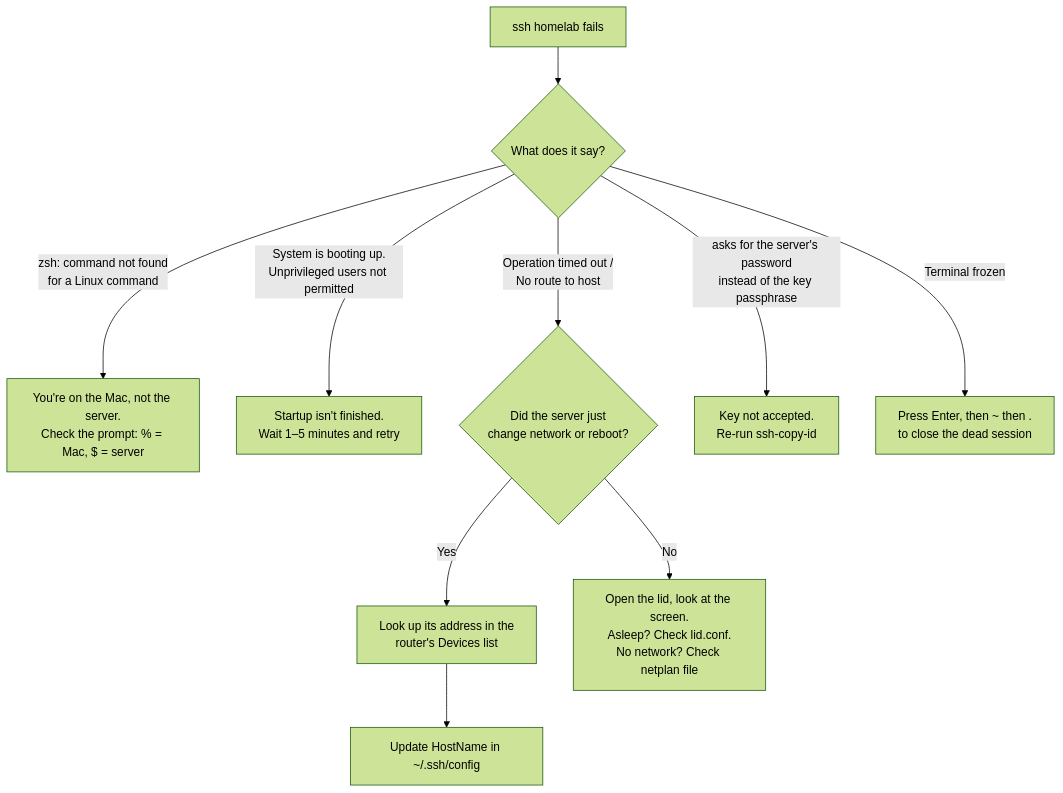
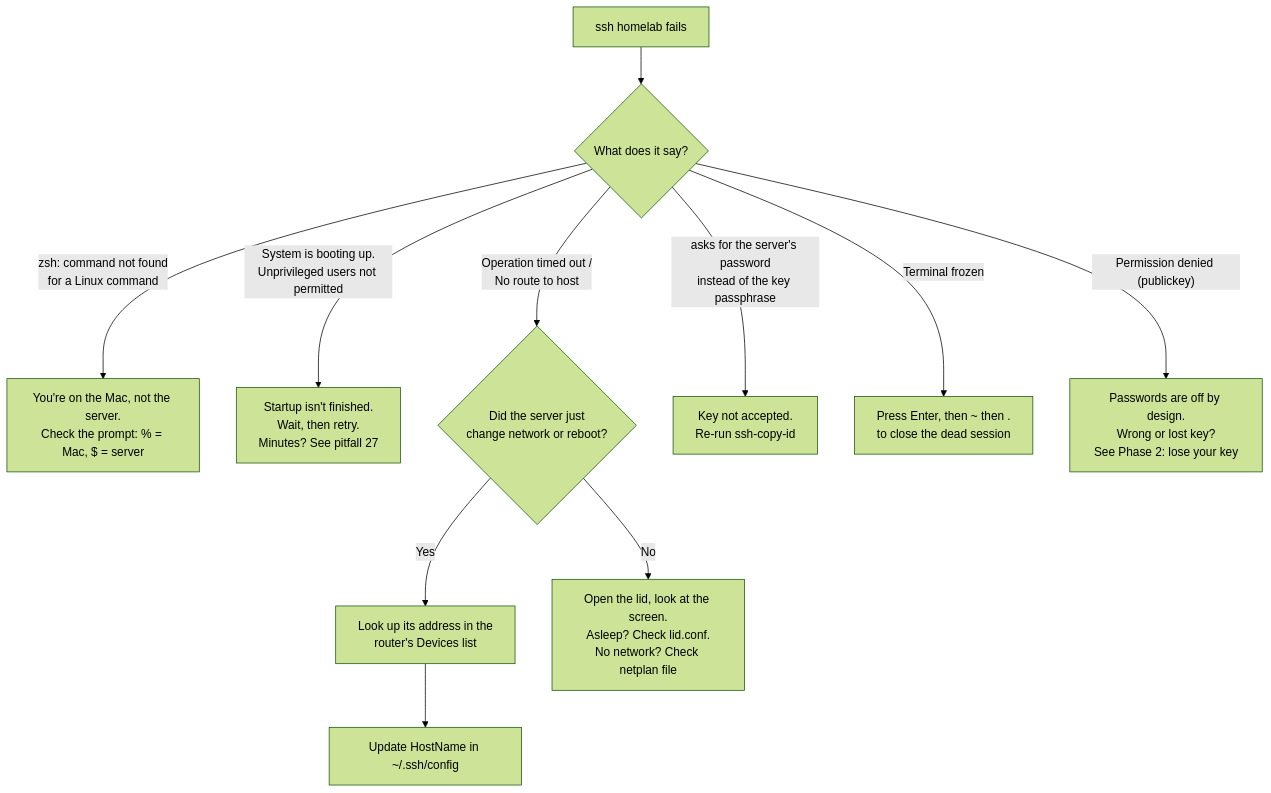
One commit to alanhabib/homelab changed the diagram in docs/pitfalls.md. Above: the diagram before and after it, drawn with Mermaid (forest theme). The commit also changed other lines of this file and 10 other files, not shown here.

````diff
--- a/docs/pitfalls.md
+++ b/docs/pitfalls.md
@@ -11,12 +11,13 @@
 ```mermaid
 flowchart TD
     a["ssh homelab fails"] --> b{"What does it say?"}
     b -- "zsh: command not found<br/>for a Linux command" --> c["You're on the Mac, not the server.<br/>Check the prompt: % = Mac, $ = server"]
-    b -- "System is booting up.<br/>Unprivileged users not permitted" --> d["Startup isn't finished.<br/>Wait 1–5 minutes and retry"]
+    b -- "System is booting up.<br/>Unprivileged users not permitted" --> d["Startup isn't finished.<br/>Wait, then retry.<br/>Minutes? See pitfall 27"]
     b -- "Operation timed out /<br/>No route to host" --> e{"Did the server just<br/>change network or reboot?"}
     e -- "Yes" --> f["Look up its address in the<br/>router's Devices list"]
     f --> g["Update HostName in ~/.ssh/config"]
     e -- "No" --> h["Open the lid, look at the screen.<br/>Asleep? Check lid.conf.<br/>No network? Check netplan file"]
     b -- "asks for the server's password<br/>instead of the key passphrase" --> i["Key not accepted.<br/>Re-run ssh-copy-id"]
     b -- "Terminal frozen" --> j["Press Enter, then ~ then .<br/>to close the dead session"]
+    b -- "Permission denied (publickey)" --> k["Passwords are off by design.<br/>Wrong or lost key?<br/>See Phase 2: lose your key"]
 ```
````
